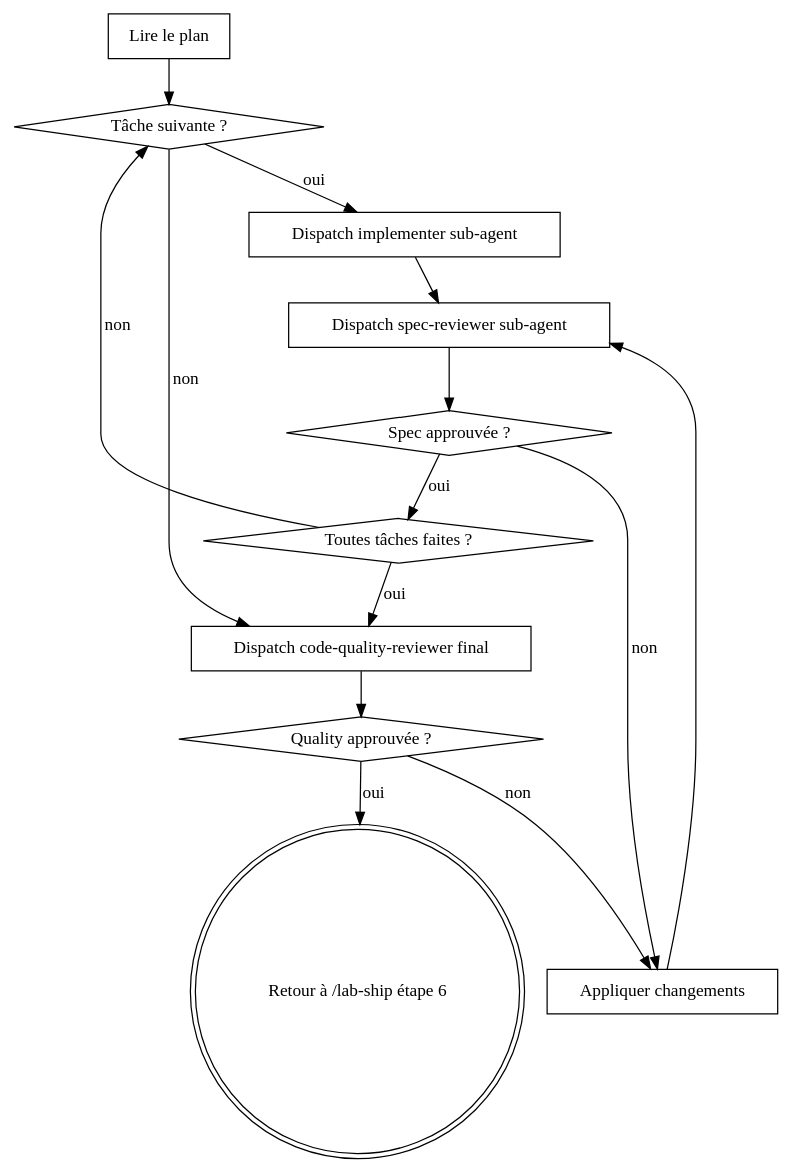
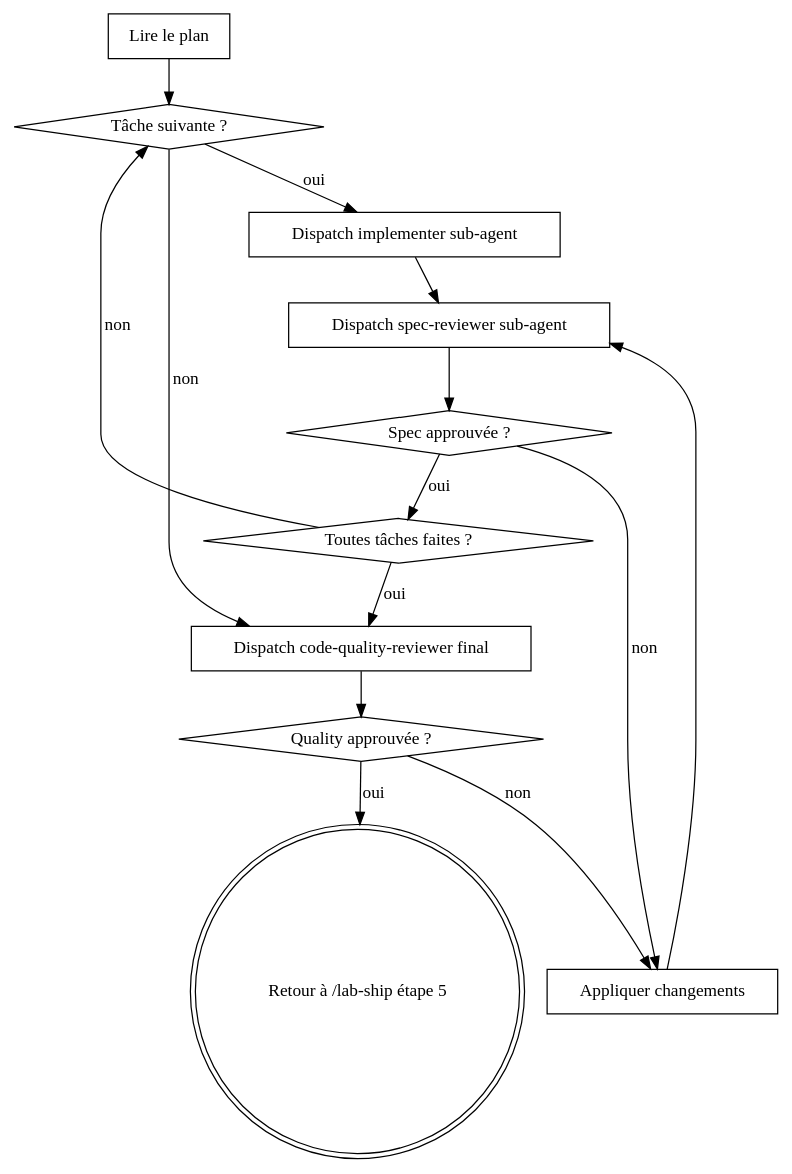
The diagram in .claude/skills/lab-implémenter/SKILL.md (aussi-vite-que-necessaire/tool-atelier), drawn with Graphviz before and after one commit. The commit also changed other lines of this file, not shown here.

Commit message:
🔧 lab-implémenter : aligne sur étape 5 (push + PR) de /lab-ship

````diff
--- a/.claude/skills/lab-implémenter/SKILL.md
+++ b/.claude/skills/lab-implémenter/SKILL.md
@@ -25,28 +25,28 @@
 ```dot
 digraph lab_impl {
   "Lire le plan" [shape=box];
   "Tâche suivante ?" [shape=diamond];
   "Dispatch implementer sub-agent" [shape=box];
   "Dispatch spec-reviewer sub-agent" [shape=box];
   "Spec approuvée ?" [shape=diamond];
   "Appliquer changements" [shape=box];
   "Toutes tâches faites ?" [shape=diamond];
   "Dispatch code-quality-reviewer final" [shape=box];
   "Quality approuvée ?" [shape=diamond];
-  "Retour à /lab-ship étape 6" [shape=doublecircle];
+  "Retour à /lab-ship étape 5" [shape=doublecircle];
 
   "Lire le plan" -> "Tâche suivante ?";
   "Tâche suivante ?" -> "Dispatch implementer sub-agent" [label="oui"];
   "Tâche suivante ?" -> "Dispatch code-quality-reviewer final" [label="non"];
   "Dispatch implementer sub-agent" -> "Dispatch spec-reviewer sub-agent";
   "Dispatch spec-reviewer sub-agent" -> "Spec approuvée ?";
   "Spec approuvée ?" -> "Appliquer changements" [label="non"];
   "Appliquer changements" -> "Dispatch spec-reviewer sub-agent";
   "Spec approuvée ?" -> "Toutes tâches faites ?" [label="oui"];
   "Toutes tâches faites ?" -> "Tâche suivante ?" [label="non"];
   "Toutes tâches faites ?" -> "Dispatch code-quality-reviewer final" [label="oui"];
   "Dispatch code-quality-reviewer final" -> "Quality approuvée ?";
   "Quality approuvée ?" -> "Appliquer changements" [label="non"];
-  "Quality approuvée ?" -> "Retour à /lab-ship étape 6" [label="oui"];
+  "Quality approuvée ?" -> "Retour à /lab-ship étape 5" [label="oui"];
 }
 ```
````
